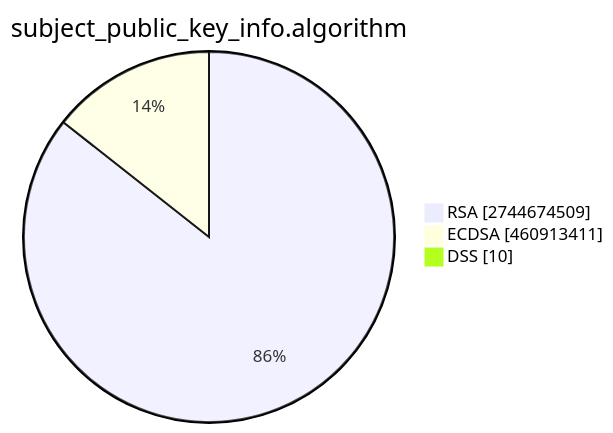
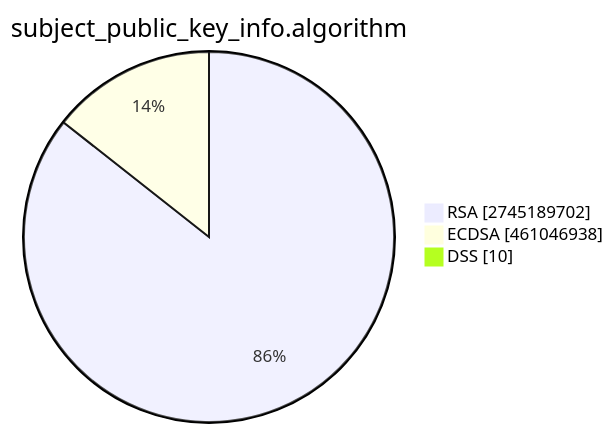
One commit to christiankrug/ctmonitor_visualization changed the second of 15 diagrams in TOTAL/README.md. Above: the diagram before and after it, drawn with Mermaid. The commit also changed other lines of this file, not shown here.

````diff
--- a/TOTAL/README.md
+++ b/TOTAL/README.md
@@ -6,7 +6,7 @@
 ```mermaid
 pie showData
 title subject_public_key_info.algorithm
-"RSA" :2744674509
-"ECDSA" :460913411
+"RSA" :2745189702
+"ECDSA" :461046938
 "DSS" :10
 ```
````
